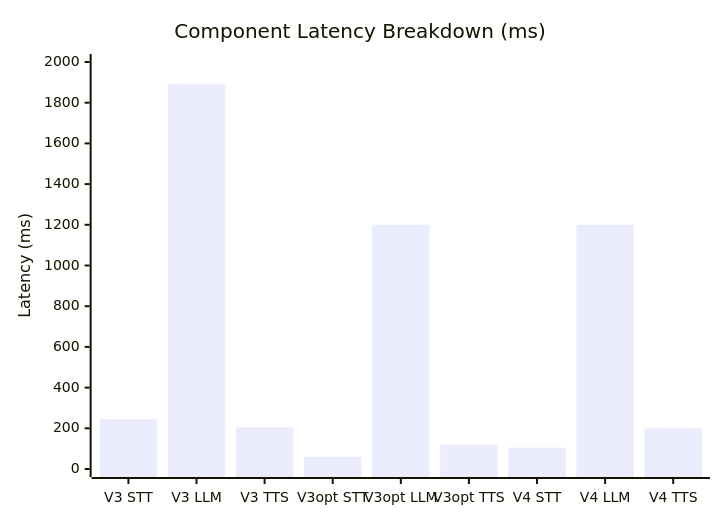
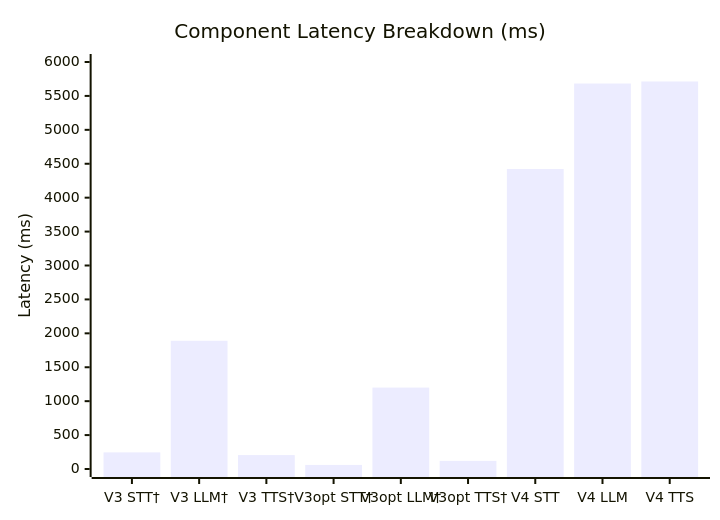
Before and after one commit to abdellrahmanv/GRADPLUTOFINAL: the sixth of 8 diagrams in combined_paper.md, drawn with Mermaid. The commit also changed other lines of this file, not shown here.

````diff
--- a/combined_paper.md
+++ b/combined_paper.md
@@ -411,7 +418,7 @@
 ```mermaid
 xychart-beta
     title "Component Latency Breakdown (ms)"
-    x-axis ["V3 STT", "V3 LLM", "V3 TTS", "V3opt STT", "V3opt LLM", "V3opt TTS", "V4 STT", "V4 LLM", "V4 TTS"]
-    y-axis "Latency (ms)" 0 --> 2000
-    bar [245, 1890, 205, 60, 1200, 120, 105, 1200, 200]
+    x-axis ["V3 STT†", "V3 LLM†", "V3 TTS†", "V3opt STT†", "V3opt LLM†", "V3opt TTS†", "V4 STT", "V4 LLM", "V4 TTS"]
+    y-axis "Latency (ms)" 0 --> 6000
+    bar [245, 1890, 205, 60, 1200, 120, 4423, 5683, 5713]
 ```
````
